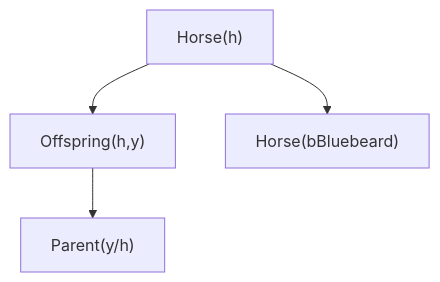
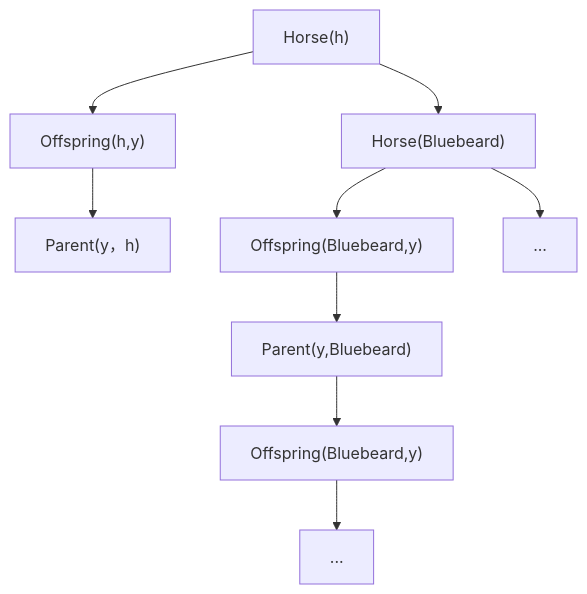
The diagram in 作业/ai/第6次作业.md (ustc21xyx/Obsidian), drawn with Mermaid before and after one commit. The commit also changed other lines of this file and 1 other file, not shown here.

Commit message:
vault backup: 2024-04-28 20:25:55

````diff
--- a/作业/ai/第6次作业.md
+++ b/作业/ai/第6次作业.md
@@ -85,7 +86,11 @@
 ```mermaid
 flowchart TD
 id1["Horse(h)"] --> id2["Offspring(h,y)"]
-id1 --> id3["Horse(bBluebeard)"]
-id2 --> id4["Parent(y/h)"]
-
+id1 --> id3["Horse(Bluebeard)"]
+id2 --> id4["Parent(y，h)"]
+id3 --> id5["Offspring(Bluebeard,y)"]
+id5 --> id6["Parent(y,Bluebeard)"]
+id6 --> id7["Offspring(Bluebeard,y)"]
+id7 --> id8["..."]
+id3 --> id9["..."]
 ```
````
